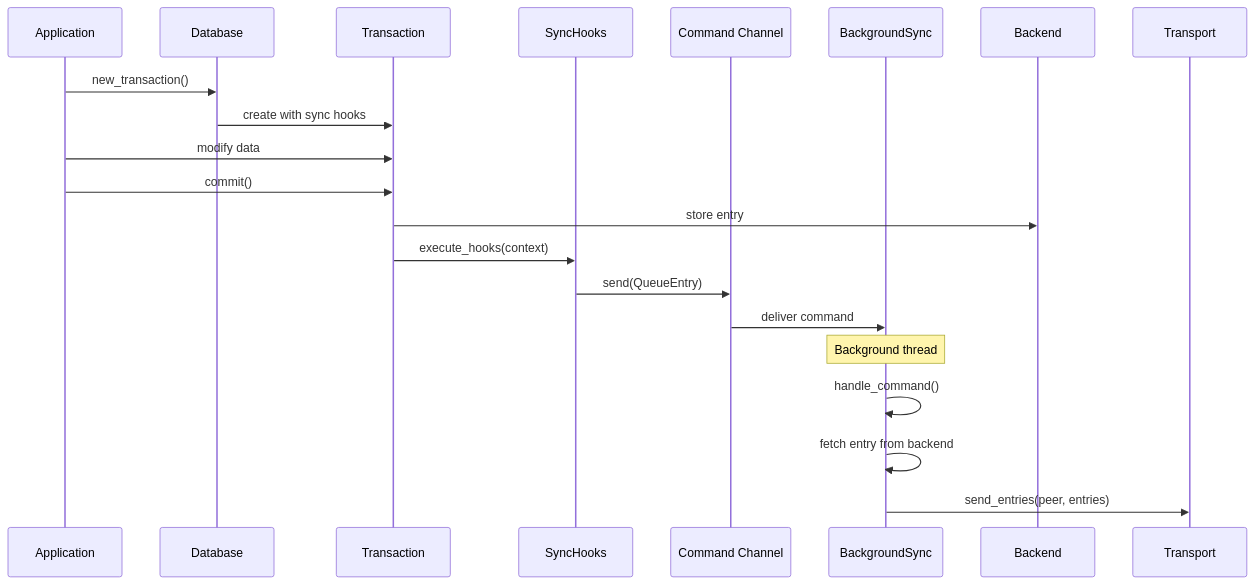
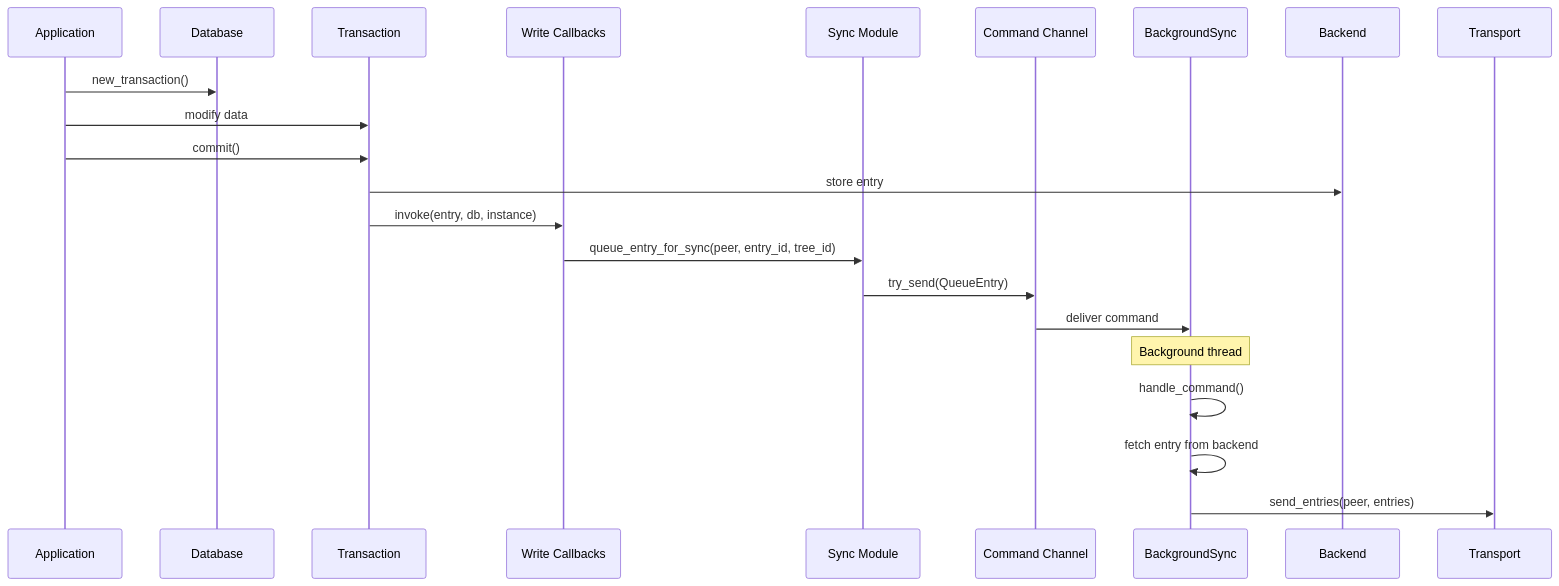
The fourth of 7 diagrams in docs/src/internal/core_components/synchronization.md (arcuru/eidetica), drawn with Mermaid before and after one commit. The commit also changed other lines of this file and 14 other files, not shown here.

````diff
--- a/docs/src/internal/core_components/synchronization.md
+++ b/docs/src/internal/core_components/synchronization.md
@@ -469,23 +470,24 @@
 ```mermaid
 sequenceDiagram
     participant App as Application
     participant Database as Database
     participant Transaction as Transaction
-    participant Hooks as SyncHooks
+    participant Callbacks as Write Callbacks
+    participant Sync as Sync Module
     participant Cmd as Command Channel
     participant BG as BackgroundSync
 
     App->>Database: new_transaction()
-    Database->>Transaction: create with sync hooks
     App->>Transaction: modify data
     App->>Transaction: commit()
     Transaction->>Backend: store entry
-    Transaction->>Hooks: execute_hooks(context)
-    Hooks->>Cmd: send(QueueEntry)
+    Transaction->>Callbacks: invoke(entry, db, instance)
+    Callbacks->>Sync: queue_entry_for_sync(peer, entry_id, tree_id)
+    Sync->>Cmd: try_send(QueueEntry)
     Cmd->>BG: deliver command
 
     Note over BG: Background thread
     BG->>BG: handle_command()
     BG->>BG: fetch entry from backend
     BG->>Transport: send_entries(peer, entries)
 ```
````
